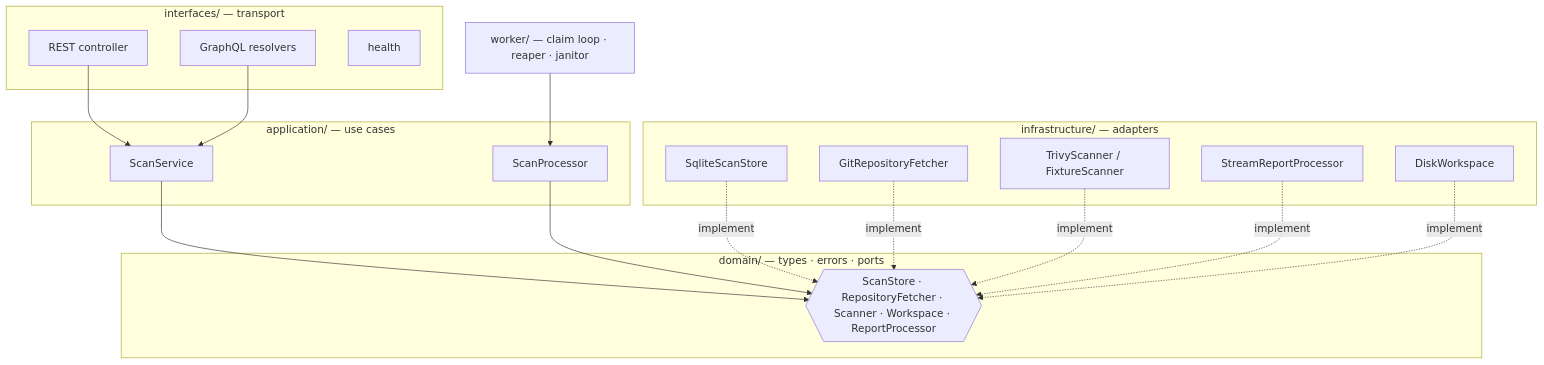
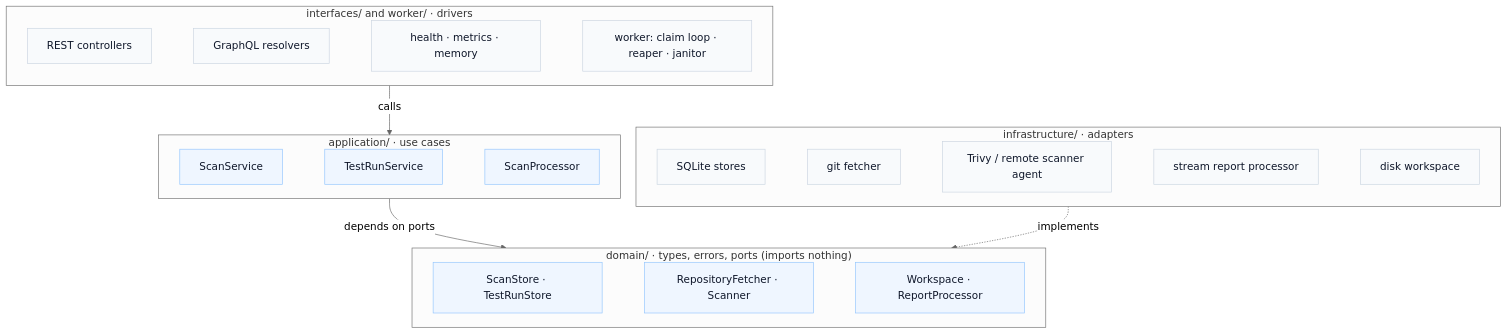
One commit to armansw/oxsecurity-home-assignment changed the first of 3 diagrams in docs/ARCHITECTURE.md. Above: the diagram before and after it, drawn with Mermaid. The commit also changed other lines of this file and 4 other files, not shown here.

First line of the commit message:
docs: clearer README, professional architecture diagram

````diff
--- a/docs/ARCHITECTURE.md
+++ b/docs/ARCHITECTURE.md
@@ -5,27 +7,27 @@
 ```mermaid
+%%{init: {"theme": "neutral", "flowchart": {"nodeSpacing": 24, "rankSpacing": 40}}}%%
 flowchart TB
-  subgraph interfaces["interfaces/ — transport"]
-    REST[REST controller]
-    GQL[GraphQL resolvers]
-    HEALTH[health]
+  subgraph IF["interfaces/ and worker/ · drivers"]
+    direction LR
+    REST["REST controllers"] ~~~ GQL["GraphQL resolvers"] ~~~ OPS["health · metrics · memory"] ~~~ WRK["worker: claim loop · reaper · janitor"]
   end
-  subgraph application["application/ — use cases"]
-    SVC[ScanService]
-    PROC[ScanProcessor]
+  subgraph APP["application/ · use cases"]
+    direction LR
+    SVC["ScanService"] ~~~ TRS["TestRunService"] ~~~ PROC["ScanProcessor"]
   end
-  WORKER["worker/ — claim loop · reaper · janitor"]
-  subgraph domain["domain/ — types · errors · ports"]
-    PORTS{{ScanStore · RepositoryFetcher · Scanner · Workspace · ReportProcessor}}
+  subgraph DOM["domain/ · types, errors, ports (imports nothing)"]
+    direction LR
+    P1["ScanStore · TestRunStore"] ~~~ P2["RepositoryFetcher · Scanner"] ~~~ P3["Workspace · ReportProcessor"]
   end
-  subgraph infrastructure["infrastructure/ — adapters"]
-    SQL[SqliteScanStore]
-    GIT[GitRepositoryFetcher]
-    TRIVY[TrivyScanner / FixtureScanner]
-    REP[StreamReportProcessor]
-    WS[DiskWorkspace]
+  subgraph INFRA["infrastructure/ · adapters"]
+    direction LR
+    DB["SQLite stores"] ~~~ GIT["git fetcher"] ~~~ SCAN["Trivy / remote scanner agent"] ~~~ PARSE["stream report processor"] ~~~ FS["disk workspace"]
   end
-  REST & GQL --> SVC
-  WORKER --> PROC
-  SVC & PROC --> PORTS
-  SQL & GIT & TRIVY & REP & WS -. implement .-> PORTS
+  IF -->|calls| APP
+  APP -->|depends on ports| DOM
+  INFRA -.->|implements| DOM
+  classDef core fill:#eff6ff,stroke:#93c5fd,color:#0f172a
+  classDef plain fill:#f8fafc,stroke:#cbd5e1,color:#0f172a
+  class SVC,TRS,PROC,P1,P2,P3 core
+  class REST,GQL,OPS,WRK,DB,GIT,SCAN,PARSE,FS plain
 ```
````
